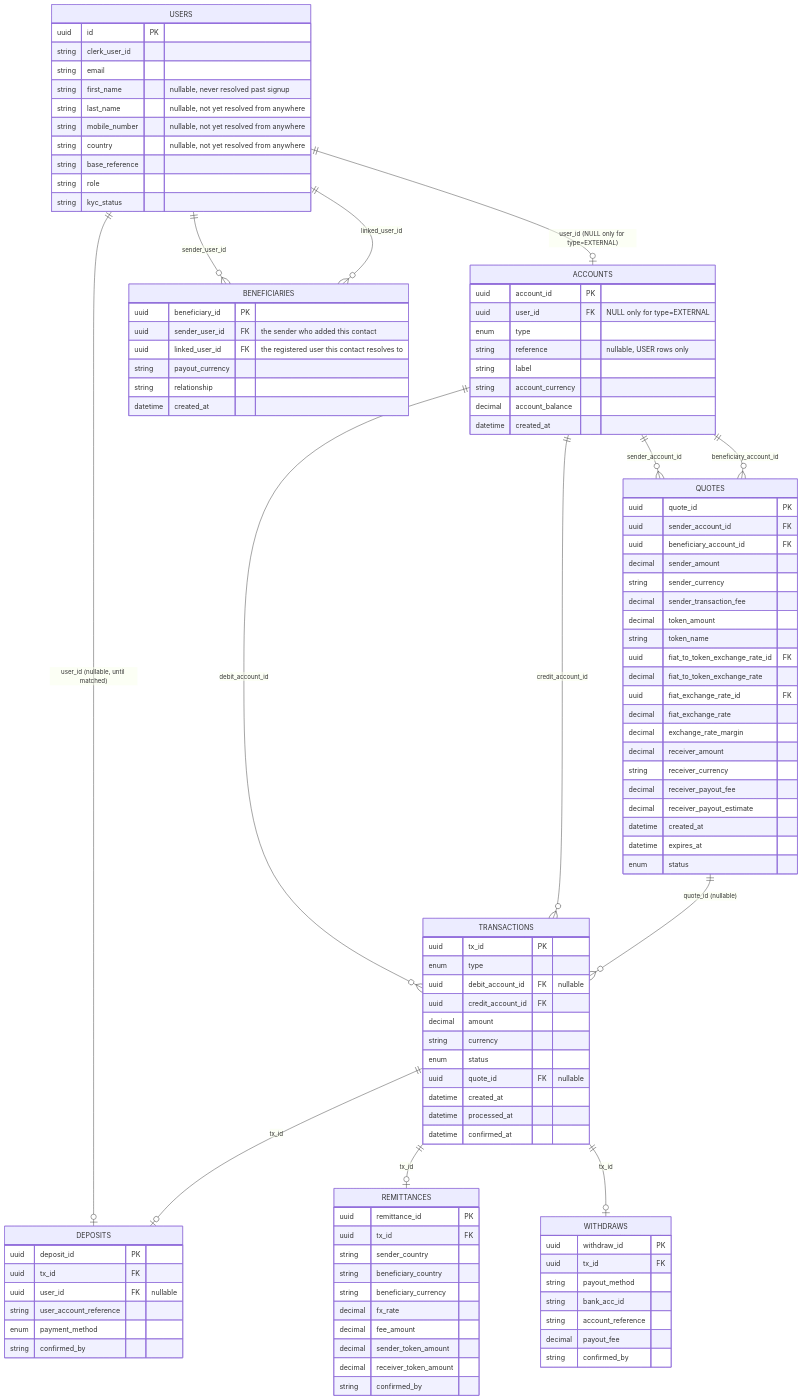
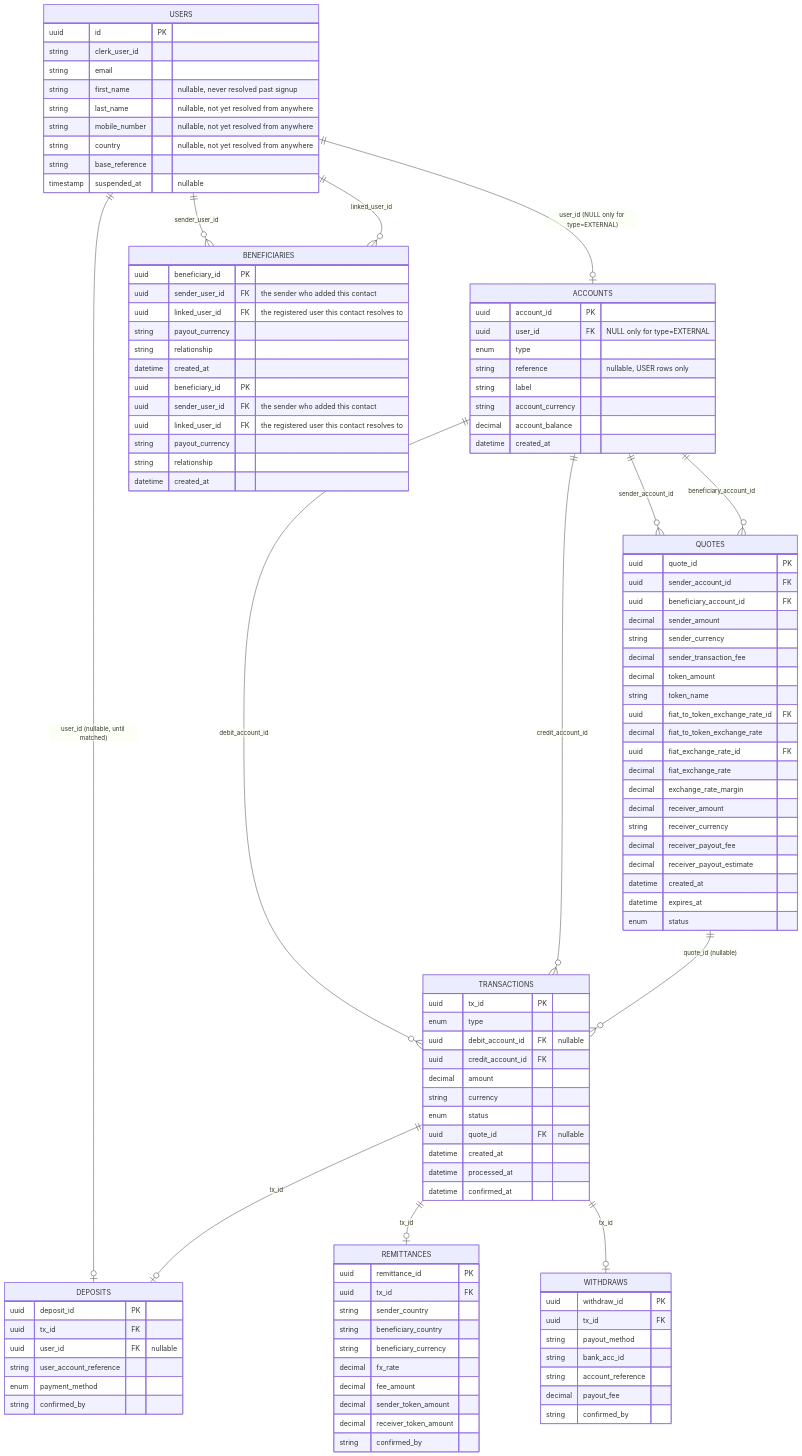
The diagram in api/Transaction_Flow_Context.md (Katlego-Sekoele/RemitX), drawn with Mermaid before and after one commit. The commit also changed other lines of this file and 23 other files, not shown here.

```diff
--- a/api/Transaction_Flow_Context.md
+++ b/api/Transaction_Flow_Context.md
@@ -176,8 +176,15 @@
         string mobile_number "nullable, not yet resolved from anywhere"
         string country "nullable, not yet resolved from anywhere"
         string base_reference
-        string role
-        string kyc_status
+        timestamp suspended_at "nullable"
+    }
+    BENEFICIARIES {
+        uuid beneficiary_id PK
+        uuid sender_user_id FK "the sender who added this contact"
+        uuid linked_user_id FK "the registered user this contact resolves to"
+        string payout_currency
+        string relationship
+        datetime created_at
     }
     BENEFICIARIES {
         uuid beneficiary_id PK
```
